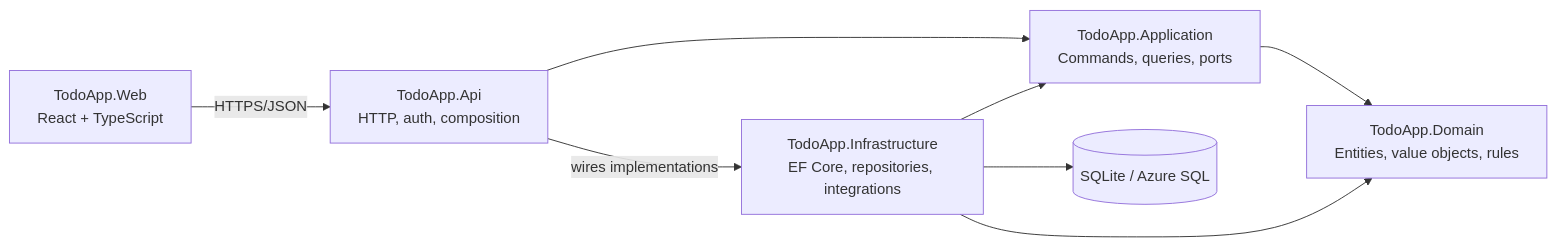
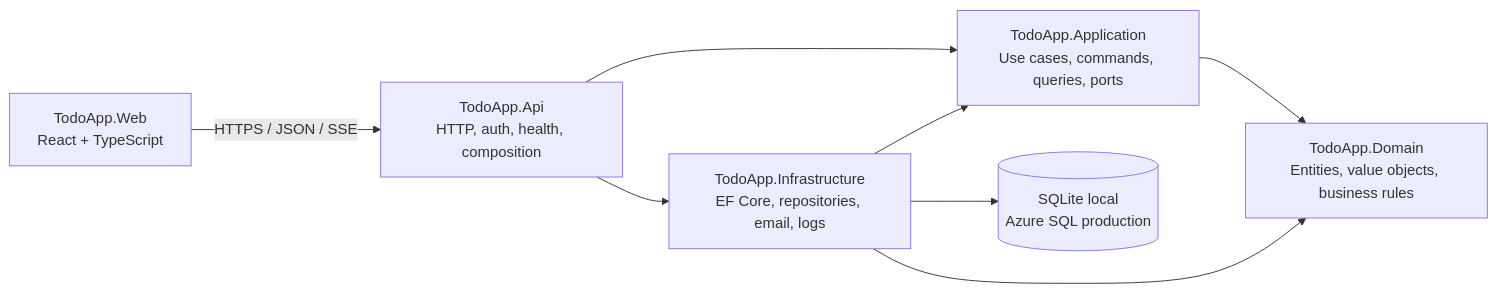
Before and after one commit to bhoyee/TodoApp: the diagram in README.md, drawn with Mermaid. The commit also changed other lines of this file and 8 other files, not shown here.

````diff
--- a/README.md
+++ b/README.md
@@ -45,17 +48,17 @@
 ```mermaid
 flowchart LR
     Web["TodoApp.Web<br/>React + TypeScript"]
-    Api["TodoApp.Api<br/>HTTP, auth, composition"]
-    App["TodoApp.Application<br/>Commands, queries, ports"]
-    Domain["TodoApp.Domain<br/>Entities, value objects, rules"]
-    Infra["TodoApp.Infrastructure<br/>EF Core, repositories, integrations"]
-    Database[("SQLite / Azure SQL")]
+    Api["TodoApp.Api<br/>HTTP, auth, health, composition"]
+    Application["TodoApp.Application<br/>Use cases, commands, queries, ports"]
+    Domain["TodoApp.Domain<br/>Entities, value objects, business rules"]
+    Infrastructure["TodoApp.Infrastructure<br/>EF Core, repositories, email, logs"]
+    Database[("SQLite local<br/>Azure SQL production")]
 
-    Web -->|HTTPS/JSON| Api
-    Api --> App
-    Api -->|wires implementations| Infra
-    Infra --> App
-    App --> Domain
-    Infra --> Domain
-    Infra --> Database
+    Web -->|HTTPS / JSON / SSE| Api
+    Api --> Application
+    Api --> Infrastructure
+    Application --> Domain
+    Infrastructure --> Application
+    Infrastructure --> Domain
+    Infrastructure --> Database
 ```
````
